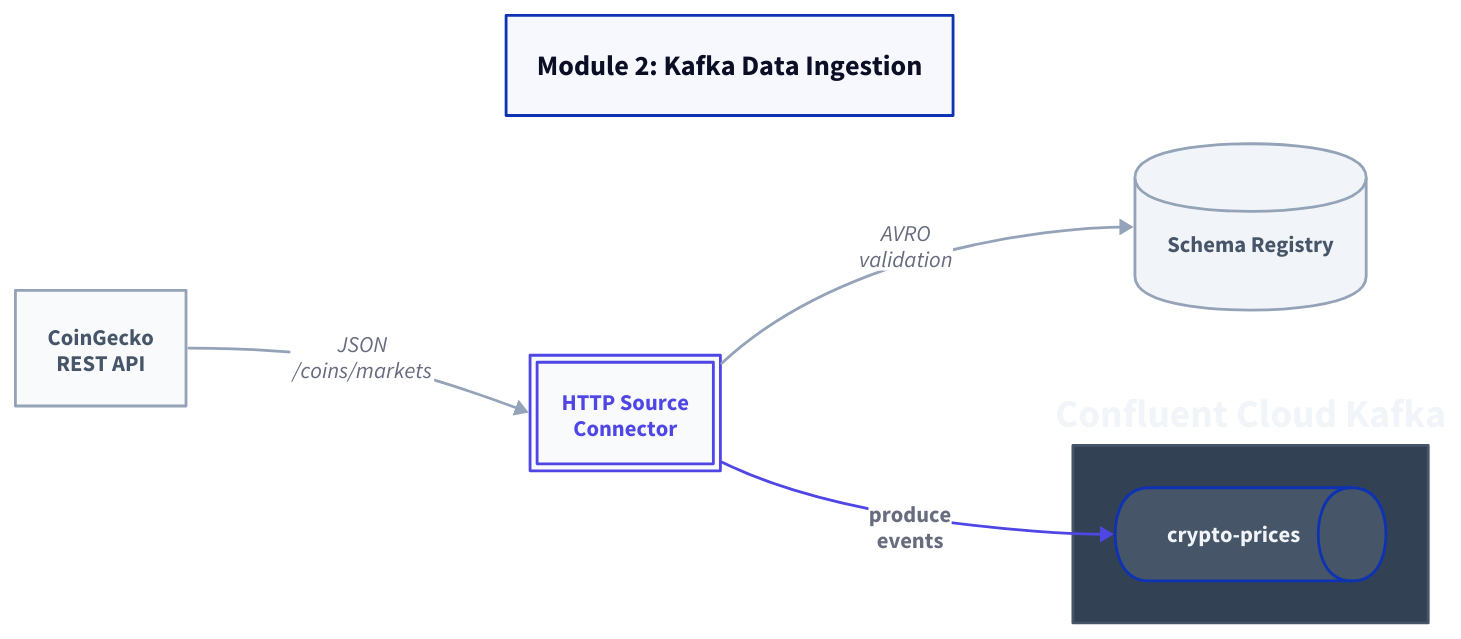
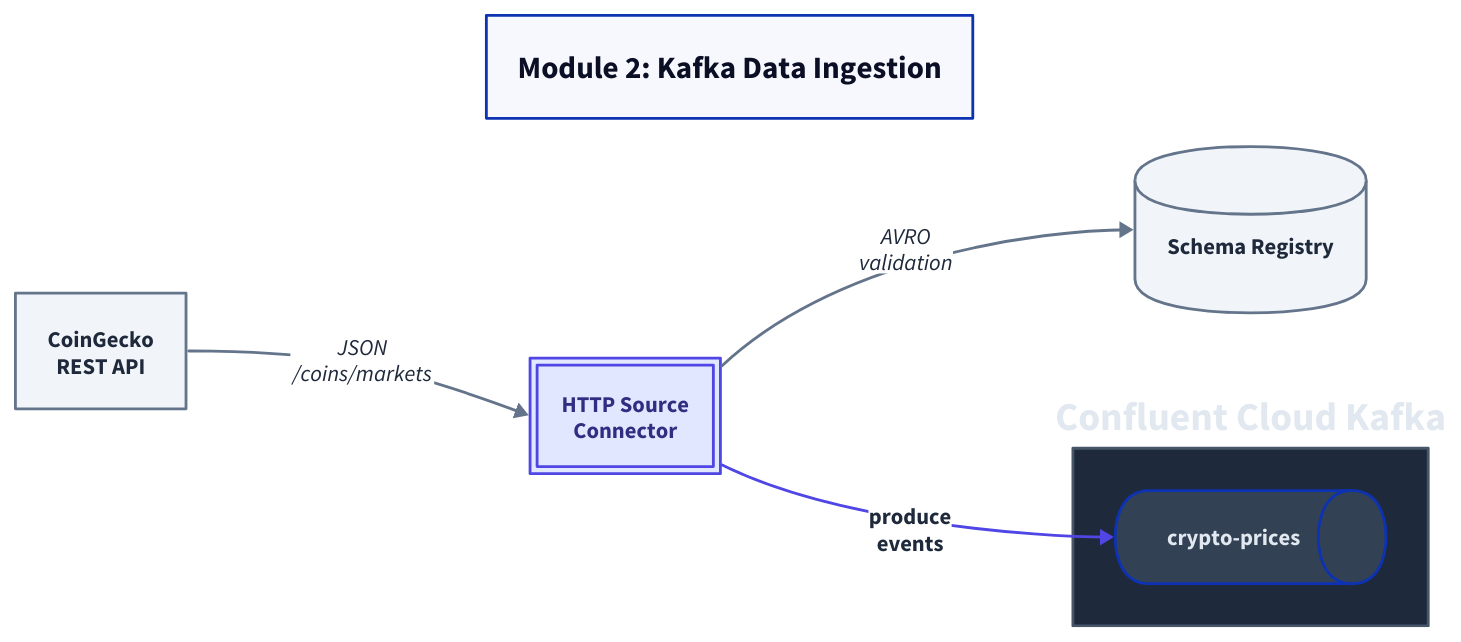
The diagram in diagrams/module2-kafka.d2 (gAmUssA/gamussa.github.com), drawn with D2 before and after one commit. The commit also changed 7 other files, not shown here.

Commit message:
Fix diagram readability: darker text, higher contrast on all labels

```diff
--- a/diagrams/module2-kafka.d2
+++ b/diagrams/module2-kafka.d2
@@ -1,53 +1,59 @@
 direction: right
 
 title: {
   label: "Module 2: Kafka Data Ingestion"
-  style.font-size: 20
+  style.font-size: 22
   style.bold: true
   near: top-center
 }
 
 coingecko: CoinGecko\nREST API {
-  style.fill: "#f8fafc"
-  style.stroke: "#94a3b8"
-  style.font-color: "#475569"
+  style.fill: "#f1f5f9"
+  style.stroke: "#64748b"
+  style.font-color: "#1e293b"
   style.bold: true
 }
 
 connector: HTTP Source\nConnector {
-  style.fill: "#f8fafc"
+  style.fill: "#e0e7ff"
   style.stroke: "#4F46E5"
-  style.font-color: "#4F46E5"
+  style.font-color: "#312e81"
   style.double-border: true
+  style.bold: true
 }
 
 sr: Schema Registry {
   style.fill: "#f1f5f9"
-  style.stroke: "#94a3b8"
-  style.font-color: "#475569"
+  style.stroke: "#64748b"
+  style.font-color: "#1e293b"
   shape: cylinder
+  style.bold: true
 }
 
 kafka: Confluent Cloud Kafka {
-  style.fill: "#334155"
+  style.fill: "#1e293b"
   style.stroke: "#475569"
-  style.font-color: "#f1f5f9"
+  style.font-color: "#e2e8f0"
   style.bold: true
 
   crypto-prices: crypto-prices {
     shape: queue
-    style.fill: "#475569"
-    style.font-color: "#f1f5f9"
+    style.fill: "#334155"
+    style.font-color: "#e2e8f0"
+    style.bold: true
   }
 }
 
 coingecko -> connector: "JSON\n/coins/markets" {
-  style.stroke: "#94a3b8"
+  style.stroke: "#64748b"
+  style.font-color: "#1e293b"
 }
 connector -> sr: "AVRO\nvalidation" {
-  style.stroke: "#94a3b8"
+  style.stroke: "#64748b"
+  style.font-color: "#1e293b"
 }
 connector -> kafka.crypto-prices: "produce\nevents" {
   style.stroke: "#4F46E5"
+  style.font-color: "#1e293b"
   style.bold: true
 }
```
